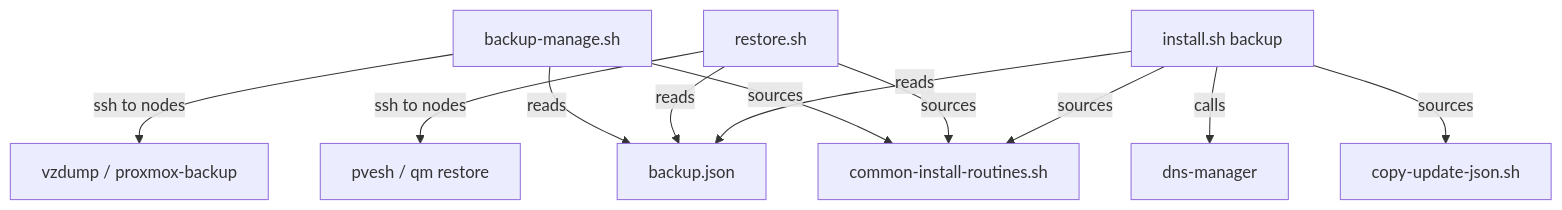
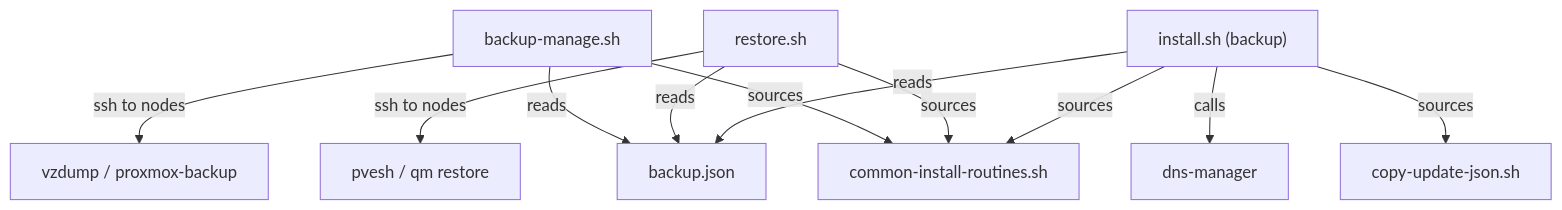
One commit to TAPPaaS/TAPPaaS changed the ninth of 11 diagrams in src/foundation/DEPENDENCIES.md. Above: the diagram before and after it, drawn with Mermaid. The commit also changed other lines of this file and 4 other files, not shown here.

````diff
--- a/src/foundation/DEPENDENCIES.md
+++ b/src/foundation/DEPENDENCIES.md
@@ -211,15 +265,15 @@
 ```mermaid
 graph TD
     A[backup-manage.sh] -->|sources| B[common-install-routines.sh]
     A -->|reads| C[backup.json]
     A -->|"ssh to nodes"| D[vzdump / proxmox-backup]
 
     E[restore.sh] -->|sources| B
     E -->|reads| C
     E -->|"ssh to nodes"| F[pvesh / qm restore]
 
-    G[install.sh backup] -->|sources| H[copy-update-json.sh]
+    G["install.sh (backup)"] -->|sources| H[copy-update-json.sh]
     G -->|sources| B
     G -->|calls| X[dns-manager]
     G -->|reads| C
 ```
````
